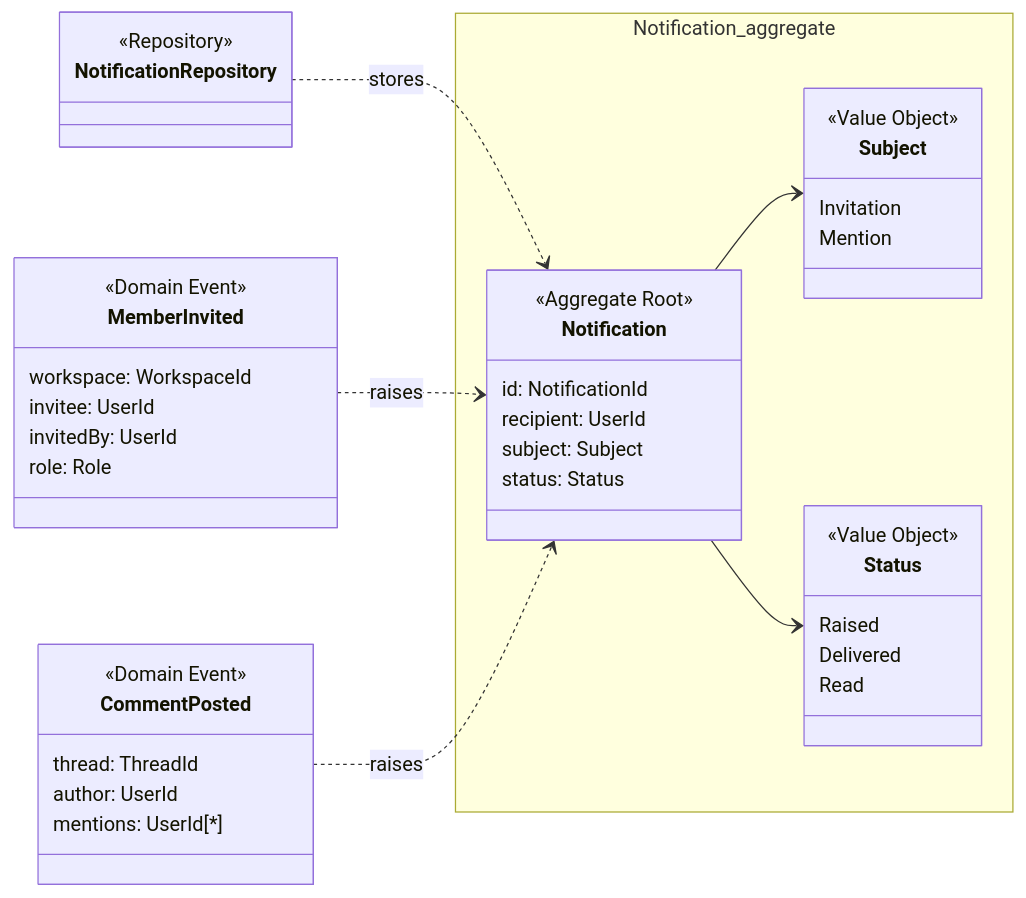
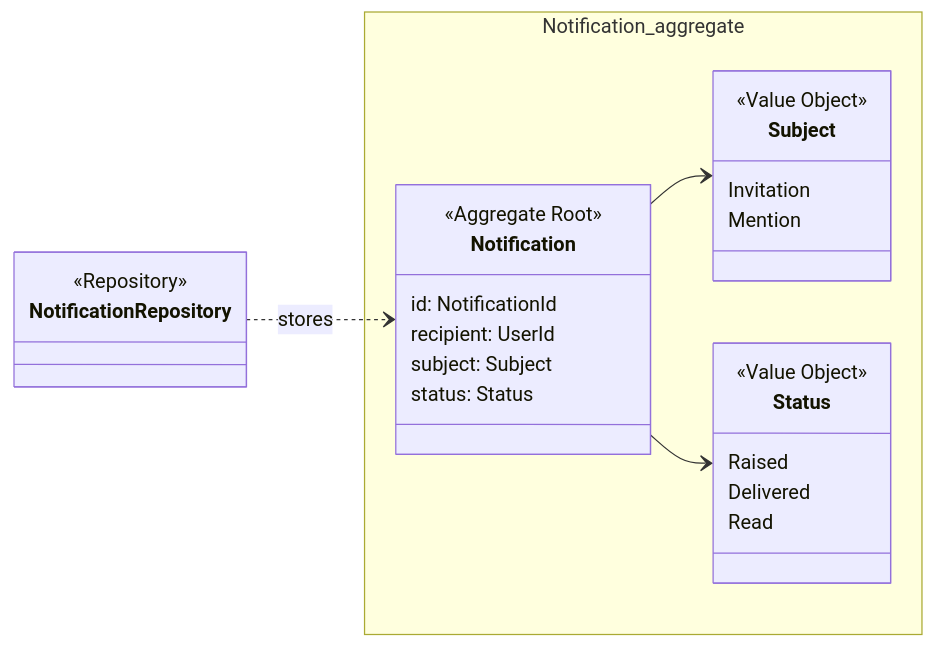
The fifth of 5 diagrams in _includes/tactical-design.md (Bending-Forks/gotion), drawn with Mermaid before and after one commit. The commit also changed other lines of this file, not shown here.

Commit message:
docs: move workspace creation onto User, keep events out of Notification

````diff
--- a/_includes/tactical-design.md
+++ b/_includes/tactical-design.md
@@ -456,45 +464,30 @@
 ```mermaid
 classDiagram
   direction LR
   namespace Notification_aggregate {
     class Notification {
       <<Aggregate Root>>
       id: NotificationId
       recipient: UserId
       subject: Subject
       status: Status
     }
     class Subject {
       <<Value Object>>
       Invitation
       Mention
     }
     class Status {
       <<Value Object>>
       Raised
       Delivered
       Read
     }
   }
   class NotificationRepository {
     <<Repository>>
   }
-  class MemberInvited {
-    <<Domain Event>>
-    workspace: WorkspaceId
-    invitee: UserId
-    invitedBy: UserId
-    role: Role
-  }
-  class CommentPosted {
-    <<Domain Event>>
-    thread: ThreadId
-    author: UserId
-    mentions: UserId[*]
-  }
   Notification --> Subject
   Notification --> Status
   NotificationRepository ..> Notification : stores
-  MemberInvited ..> Notification : raises
-  CommentPosted ..> Notification : raises
 ```
````
